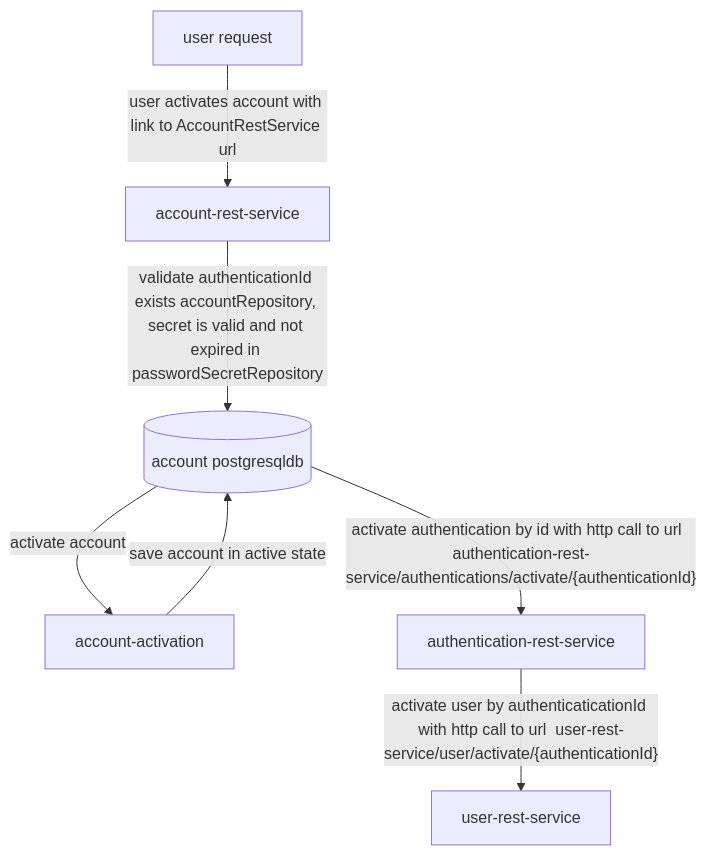
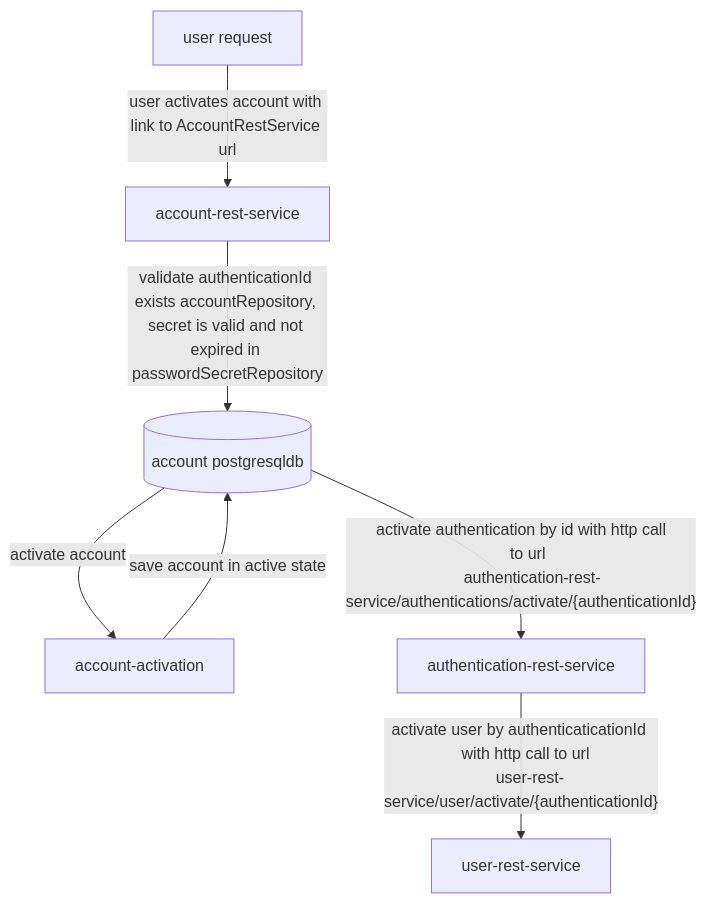
One commit to sonamsamdupkhangsar/account-rest-service changed the diagram in README.md. Above: the diagram before and after it, drawn with Mermaid.

Commit message:
commit flow

````diff
--- a/README.md
+++ b/README.md
@@ -63,9 +63,13 @@
 ```mermaid
 flowchart TD
     UserRequest[user request] -->|user activates account with link to AccountRestService url| AccountRestService[account-rest-service] 
     AccountRestService --> | validate authenticationId exists accountRepository, secret is valid and not expired in passwordSecretRepository | AccountPgsqlDb[(account postgresqldb)]
     AccountPgsqlDb --> | activate account | AccountActivated[account-activation]
     AccountActivated --> |save account in active state| AccountPgsqlDb
-    AccountPgsqlDb -- "activate authentication by id with http call to url  authentication-rest-service/authentications/activate/{authenticationId}" --> AuthtenticationRestService[authentication-rest-service]
-    AuthtenticationRestService --"activate user by authenticaticationId with http call to url  user-rest-service/user/activate/{authenticationId}" --> UserRestService[user-rest-service]    
+    AccountPgsqlDb -- "activate authentication by id with http call
+     to url  
+     authentication-rest-service/authentications/activate/{authenticationId}" --> AuthtenticationRestService[authentication-rest-service]
+    AuthtenticationRestService --"activate user by authenticaticationId 
+    with http call to url  
+    user-rest-service/user/activate/{authenticationId}" --> UserRestService[user-rest-service]    
 ```
````
